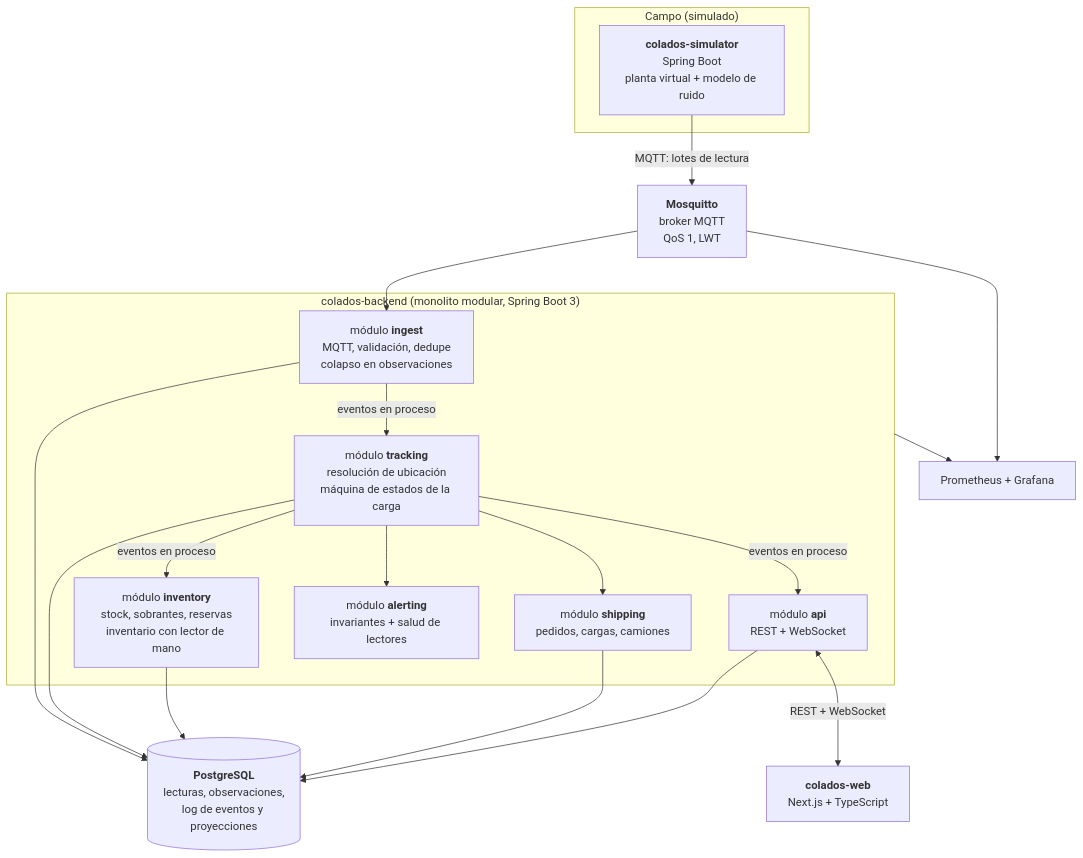
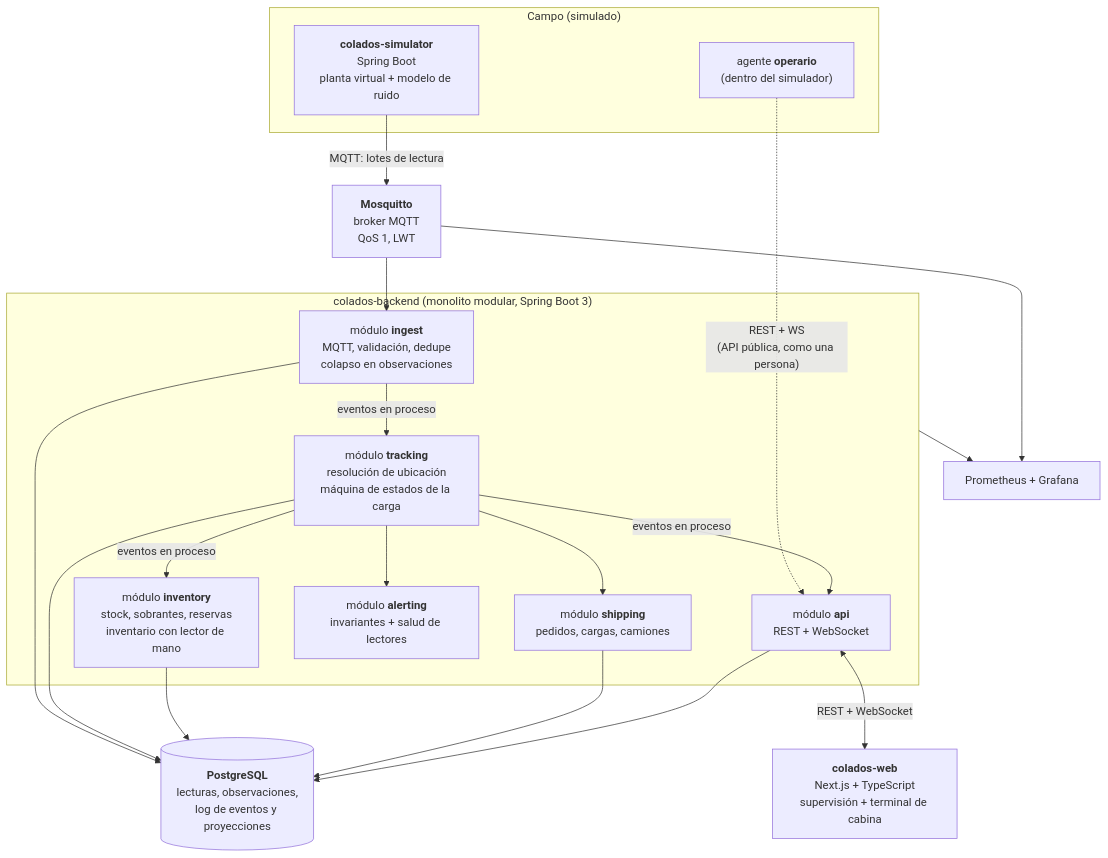
One commit to iburquijo/colados changed the second of 2 diagrams in docs/02-arquitectura.md. Above: the diagram before and after it, drawn with Mermaid. The commit also changed other lines of this file and 8 other files, not shown here.

````diff
--- a/docs/02-arquitectura.md
+++ b/docs/02-arquitectura.md
@@ -38,37 +42,39 @@
 ```mermaid
 flowchart TB
     subgraph EDGE["Campo (simulado)"]
         SIM["<b>colados-simulator</b><br/>Spring Boot<br/>planta virtual + modelo de ruido"]
+        OPA["agente <b>operario</b><br/>(dentro del simulador)"]
     end
 
     MQ["<b>Mosquitto</b><br/>broker MQTT<br/>QoS 1, LWT"]
 
     subgraph BE["colados-backend (monolito modular, Spring Boot 3)"]
         M1["módulo <b>ingest</b><br/>MQTT, validación, dedupe<br/>colapso en observaciones"]
         M2["módulo <b>tracking</b><br/>resolución de ubicación<br/>máquina de estados de la carga"]
         M3["módulo <b>inventory</b><br/>stock, sobrantes, reservas<br/>inventario con lector de mano"]
         M4["módulo <b>shipping</b><br/>pedidos, cargas, camiones"]
         M5["módulo <b>api</b><br/>REST + WebSocket"]
         M6["módulo <b>alerting</b><br/>invariantes + salud de lectores"]
     end
 
     PG[("<b>PostgreSQL</b><br/>lecturas, observaciones,<br/>log de eventos y proyecciones")]
-    WEB["<b>colados-web</b><br/>Next.js + TypeScript"]
+    WEB["<b>colados-web</b><br/>Next.js + TypeScript<br/>supervisión + terminal de cabina"]
     OBS["Prometheus + Grafana"]
 
     SIM -->|"MQTT: lotes de lectura"| MQ
+    OPA -.->|"REST + WS<br/>(API pública, como una persona)"| M5
     MQ --> M1
     M1 -->|"eventos en proceso"| M2
     M2 -->|"eventos en proceso"| M3
     M2 --> M4
     M2 --> M6
     M1 --> PG
     M2 --> PG
     M3 --> PG
     M4 --> PG
     M5 --> PG
     M2 -->|"eventos en proceso"| M5
     M5 <-->|"REST + WebSocket"| WEB
     BE --> OBS
     MQ --> OBS
 ```
````
